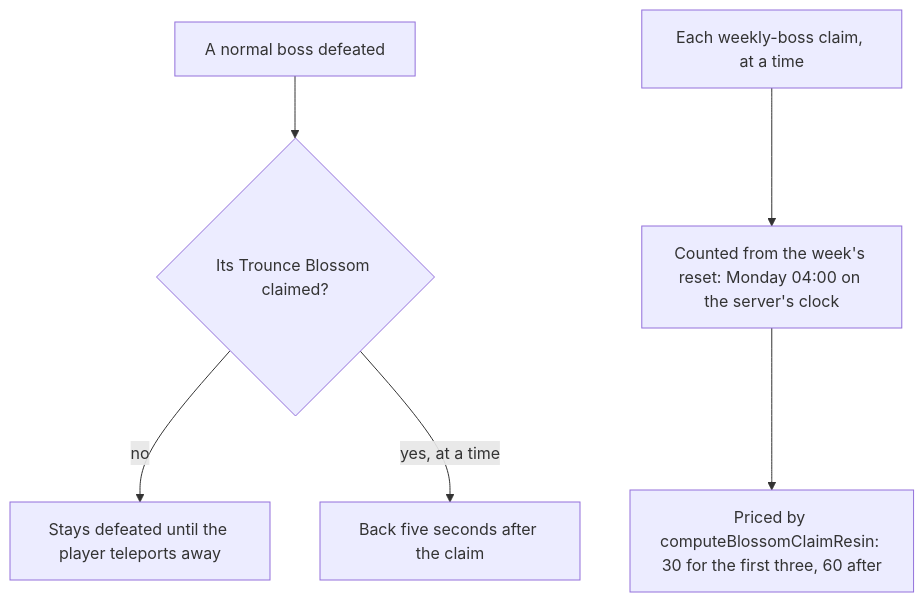
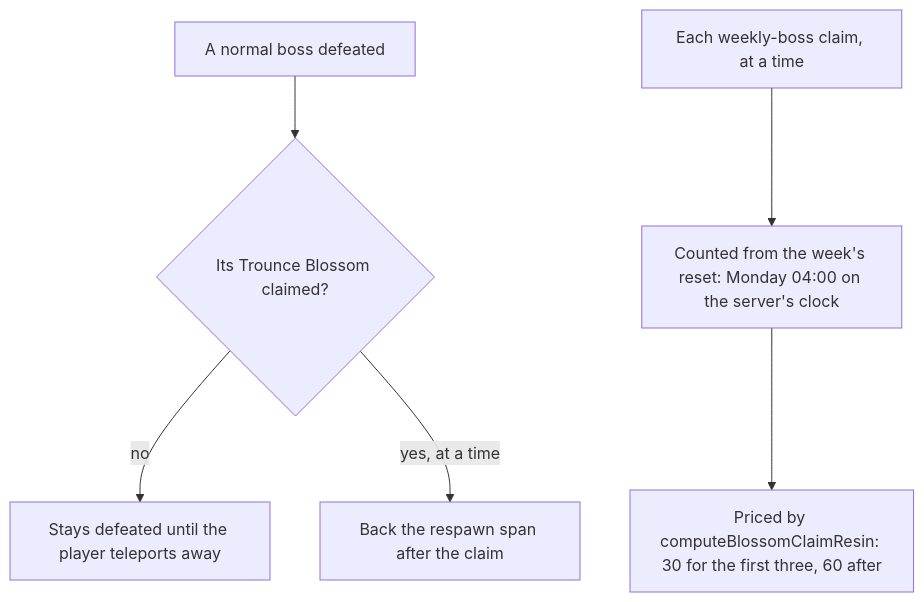
One commit to Esposter/Esposter changed the diagram in openspec/specs/genshin/bosses/design.md. Above: the diagram before and after it, drawn with Mermaid. The commit also changed other lines of this file and 1 other file, not shown here.

Commit message:
docs(genshin): bosses and chevreuse state each value and threshold once
The bosses page restated the respawn span's value in prose beside the constant that owns it, and Chevreuse's hold threshold was stated in a Decision and again in Not built.

````diff
--- a/openspec/specs/genshin/bosses/design.md
+++ b/openspec/specs/genshin/bosses/design.md
@@ -7,8 +7,8 @@
 ```mermaid
 flowchart TD
   D["A normal boss defeated"] --> C{"Its Trounce Blossom claimed?"}
   C -->|"no"| S["Stays defeated until the player teleports away"]
-  C -->|"yes, at a time"| R["Back five seconds after the claim"]
+  C -->|"yes, at a time"| R["Back the respawn span after the claim"]
   W["Each weekly-boss claim, at a time"] --> N["Counted from the week's reset: Monday 04:00 on the server's clock"]
   N --> P["Priced by computeBlossomClaimResin: 30 for the first three, 60 after"]
 ```
````
